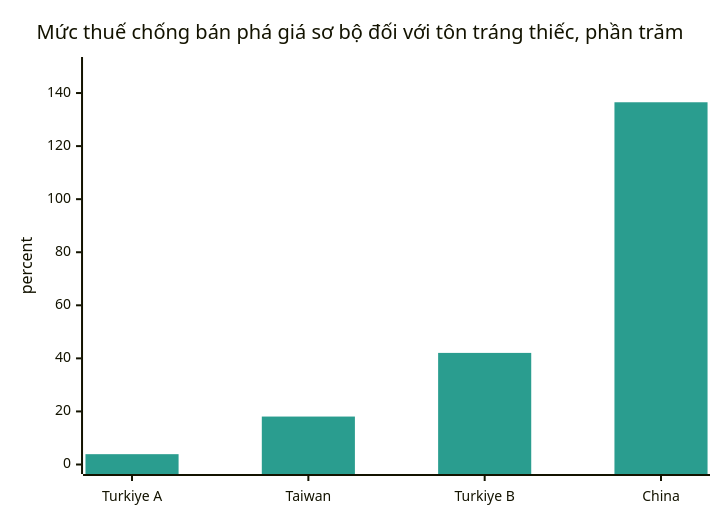
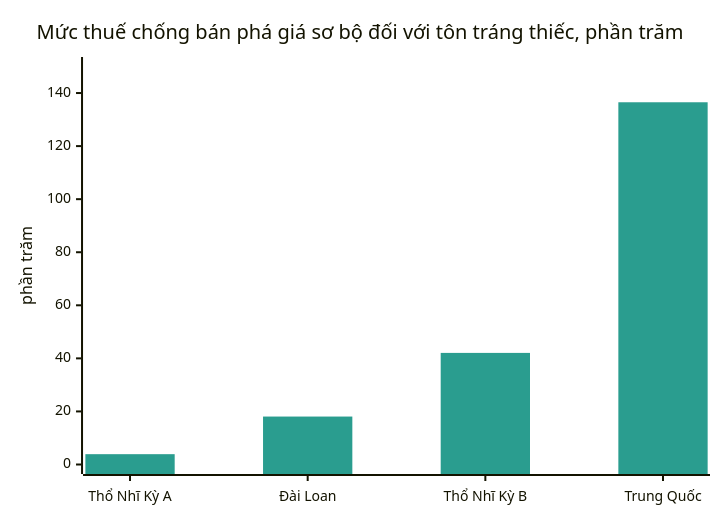
Before and after one commit to dureach/research: the fourth of 13 diagrams in Global-Trade-Intelligence-weekly-2026-11-16/index.vi.md, drawn with Mermaid. The commit also changed other lines of this file and 5 other files, not shown here.

````diff
--- a/Global-Trade-Intelligence-weekly-2026-11-16/index.vi.md
+++ b/Global-Trade-Intelligence-weekly-2026-11-16/index.vi.md
@@ -290,8 +290,8 @@
 ```mermaid
 %%{init: {'theme': 'base', 'themeVariables': {'xyChart': {'plotColorPalette': '#2a9d8f'}}}}%%
 xychart-beta
     title "Mức thuế chống bán phá giá sơ bộ đối với tôn tráng thiếc, phần trăm"
-    x-axis ["Turkiye A", "Taiwan", "Turkiye B", "China"]
-    y-axis "percent" 0 --> 150
+    x-axis ["Thổ Nhĩ Kỳ A", "Đài Loan", "Thổ Nhĩ Kỳ B", "Trung Quốc"]
+    y-axis "phần trăm" 0 --> 150
     bar [3.89, 18.07, 42.06, 136.52]
 ```
````
